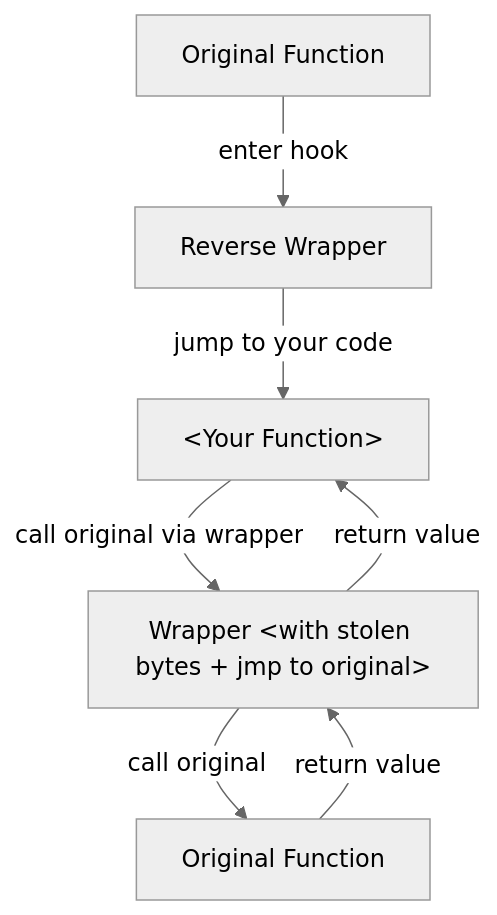
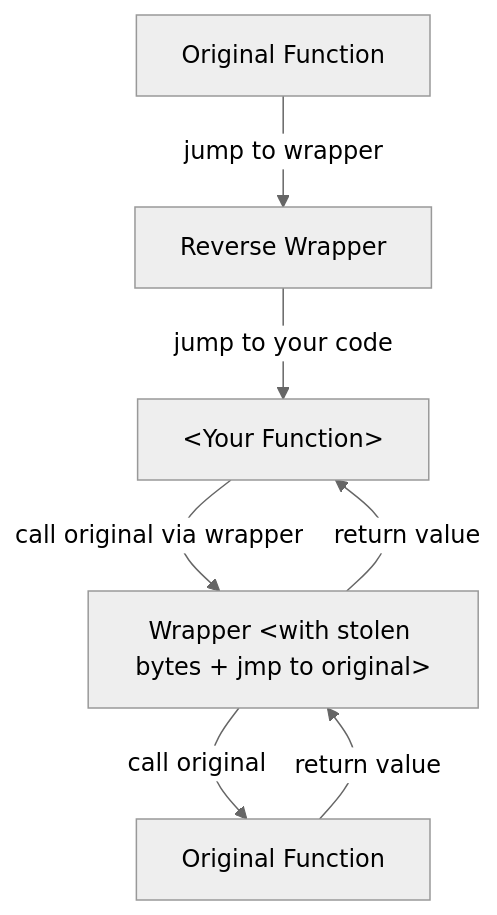
One commit to Reloaded-Project/Reloaded.Hooks-rs changed the first of 3 diagrams in docs/dev/design/function-hooks/overview.md. Above: the diagram before and after it, drawn with Mermaid (neutral theme). The commit also changed other lines of this file and 5 other files, not shown here.

````diff
--- a/docs/dev/design/function-hooks/overview.md
+++ b/docs/dev/design/function-hooks/overview.md
@@ -16,10 +26,10 @@
 ```mermaid
 flowchart TD
-    orig[Original Function] -- enter hook --> rev[Reverse Wrapper]
+    orig[Original Function] -- jump to wrapper --> rev[Reverse Wrapper]
     rev -- jump to your code --> target["&lt;Your Function&gt;"]
     target -- "call original via wrapper" --> stub["Wrapper &lt;with stolen bytes + jmp to original&gt;"]
     stub -- "call original" --> original["Original Function"]
 
     original -- "return value" --> stub
     stub -- "return value" --> target
 ```
````
